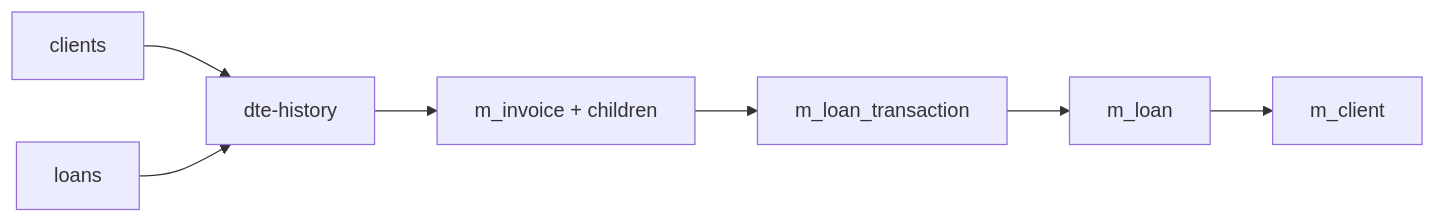
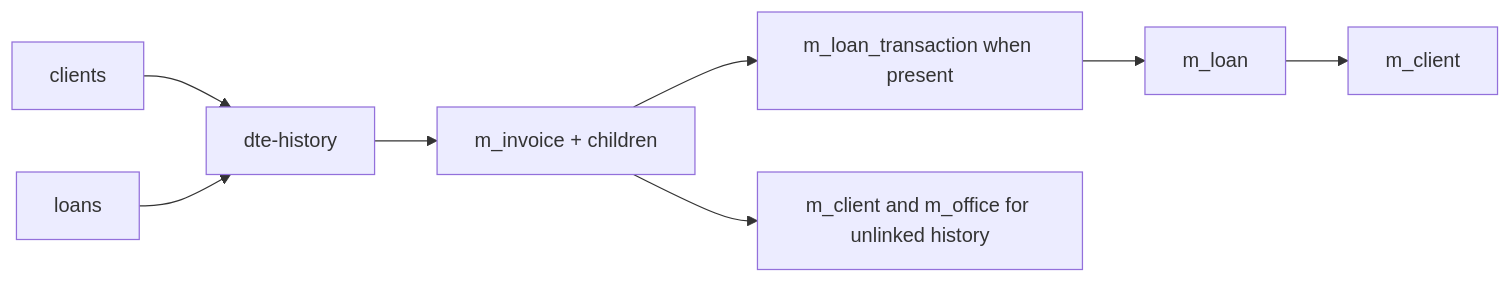
One commit to connectedsolutions-cloud/fineract-core changed the diagram in tools/arissto-sync/migration-services/dte-history/README.md. Above: the diagram before and after it, drawn with Mermaid. The commit also changed other lines of this file and 368 other files, not shown here.

````diff
--- a/tools/arissto-sync/migration-services/dte-history/README.md
+++ b/tools/arissto-sync/migration-services/dte-history/README.md
@@ -7,9 +7,10 @@
 ```mermaid
 flowchart LR
     clients[clients] --> dte[dte-history]
     loans[loans] --> dte
     dte --> invoice[m_invoice + children]
-    invoice --> transaction[m_loan_transaction]
+    invoice --> transaction[m_loan_transaction when present]
     transaction --> loan[m_loan]
     loan --> client[m_client]
+    invoice --> owner[m_client and m_office for unlinked history]
 ```
````
